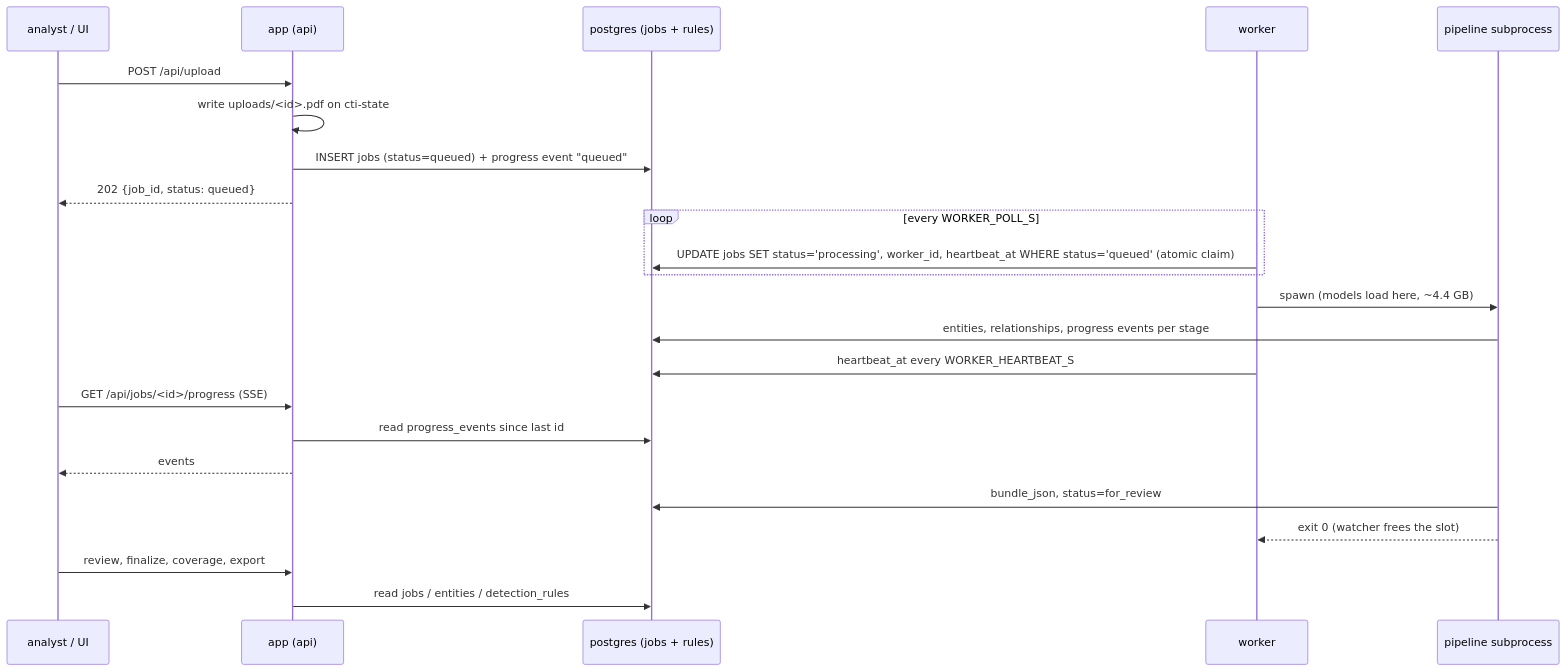
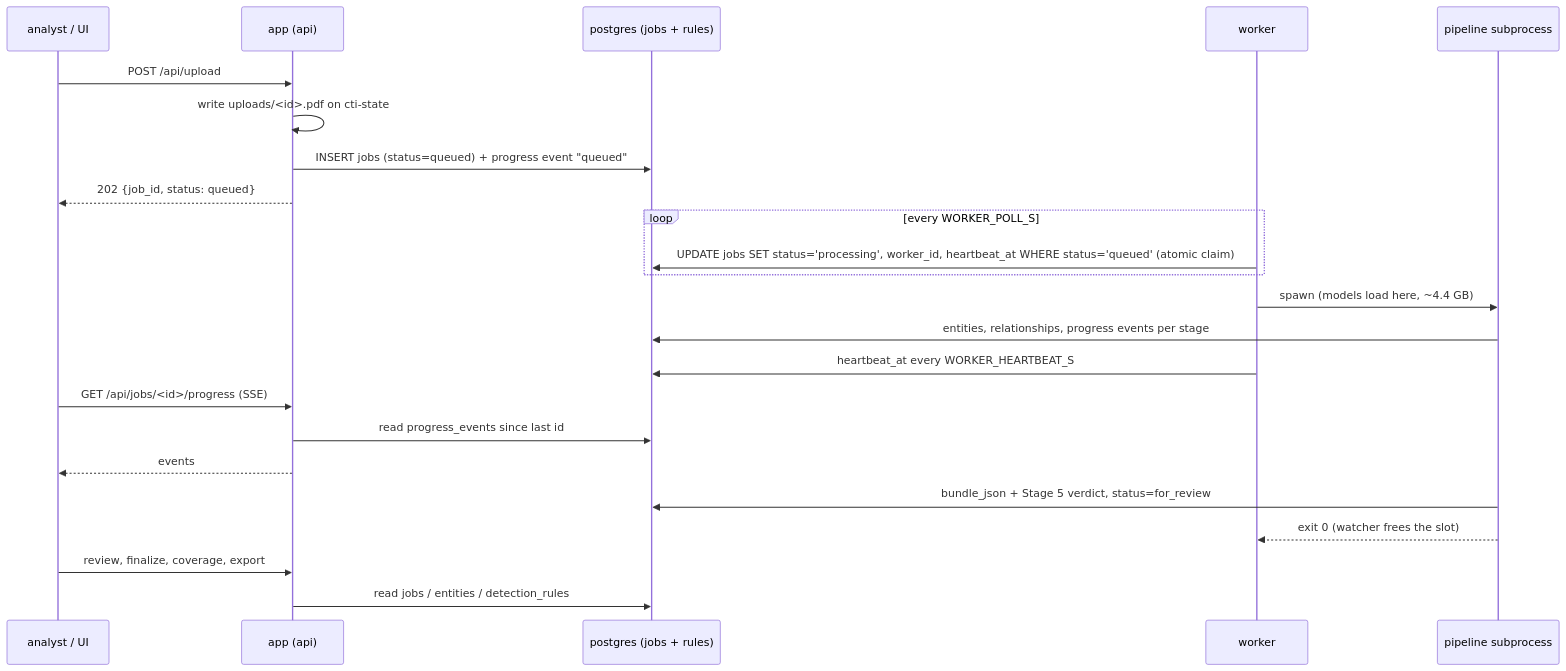
The second of 2 diagrams in docs/architecture.md (Stixaly/CTIParsor), drawn with Mermaid before and after one commit. The commit also changed other lines of this file and 38 other files, not shown here.

````diff
--- a/docs/architecture.md
+++ b/docs/architecture.md
@@ -197,25 +197,25 @@
 ```mermaid
 sequenceDiagram
     participant U as analyst / UI
     participant A as app (api)
     participant DB as postgres (jobs + rules)
     participant W as worker
     participant P as pipeline subprocess
     U->>A: POST /api/upload
     A->>A: write uploads/<id>.pdf on cti-state
     A->>DB: INSERT jobs (status=queued) + progress event "queued"
     A-->>U: 202 {job_id, status: queued}
     loop every WORKER_POLL_S
         W->>DB: UPDATE jobs SET status='processing', worker_id, heartbeat_at WHERE status='queued' (atomic claim)
     end
     W->>P: spawn (models load here, ~4.4 GB)
     P->>DB: entities, relationships, progress events per stage
     W->>DB: heartbeat_at every WORKER_HEARTBEAT_S
     U->>A: GET /api/jobs/<id>/progress (SSE)
     A->>DB: read progress_events since last id
     A-->>U: events
-    P->>DB: bundle_json, status=for_review
+    P->>DB: bundle_json + Stage 5 verdict, status=for_review
     P-->>W: exit 0 (watcher frees the slot)
     U->>A: review, finalize, coverage, export
     A->>DB: read jobs / entities / detection_rules
 ```
````
